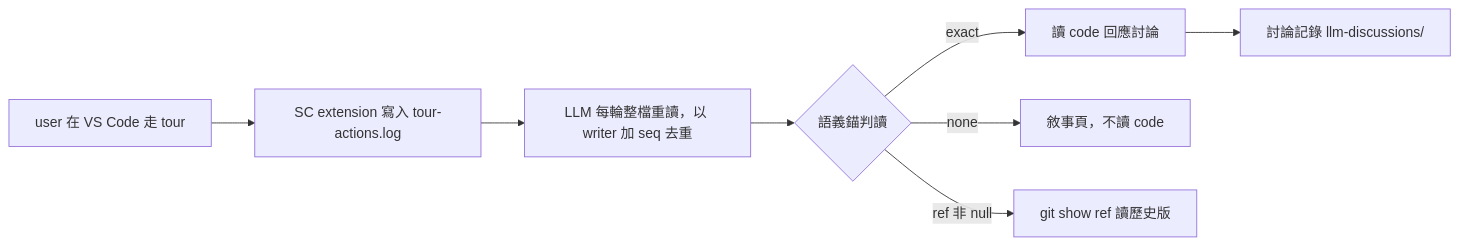
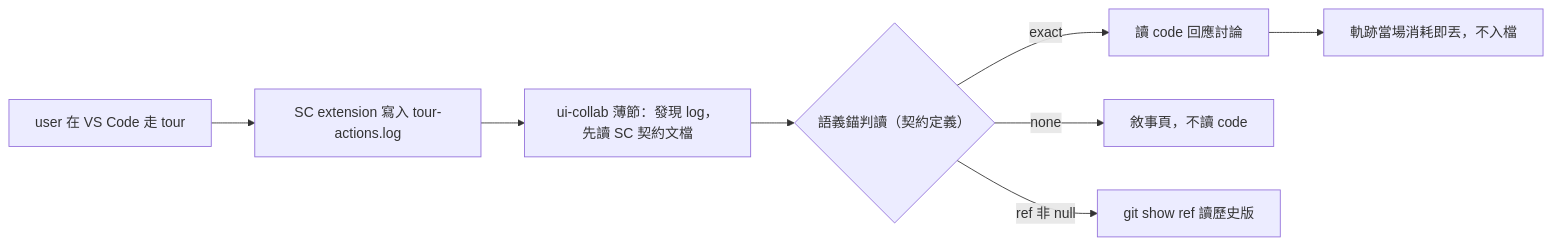
The diagram in backlog/tasks/air-212 - tour-走讀協同-skill——AI-跟著你在-VS-Code-走的-tour-邊走邊討論.md (ChiahungTai/ai-guide), drawn with Mermaid before and after one commit. The commit also changed other lines of this file, not shown here.

Commit message:
chore(backlog): AIR-212 縮卡——載體改 ui-collab 薄節，desc/plan/AC 對齊

````diff
--- a/backlog/tasks/air-212 - tour-走讀協同-skill——AI-跟著你在-VS-Code-走的-tour-邊走邊討論.md
+++ b/backlog/tasks/air-212 - tour-走讀協同-skill——AI-跟著你在-VS-Code-走的-tour-邊走邊討論.md
@@ -28,10 +26,10 @@
 ```mermaid
 flowchart LR
     U["user 在 VS Code 走 tour"] --> SC["SC extension 寫入 tour-actions.log"]
-    SC --> LLM["LLM 每輪整檔重讀，以 writer 加 seq 去重"]
-    LLM --> AN{"語義錨判讀"}
+    SC --> LLM["ui-collab 薄節：發現 log，先讀 SC 契約文檔"]
+    LLM --> AN{"語義錨判讀（契約定義）"}
     AN -->|exact| CODE["讀 code 回應討論"]
     AN -->|none| NARR["敘事頁，不讀 code"]
     AN -->|ref 非 null| HIST["git show ref 讀歷史版"]
-    CODE --> REC["討論記錄 llm-discussions/"]
+    CODE --> EPHE["軌跡當場消耗即丟，不入檔"]
 ```
````
